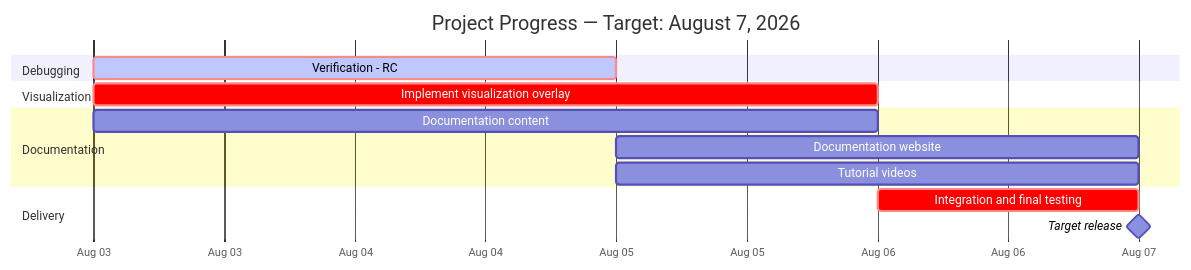
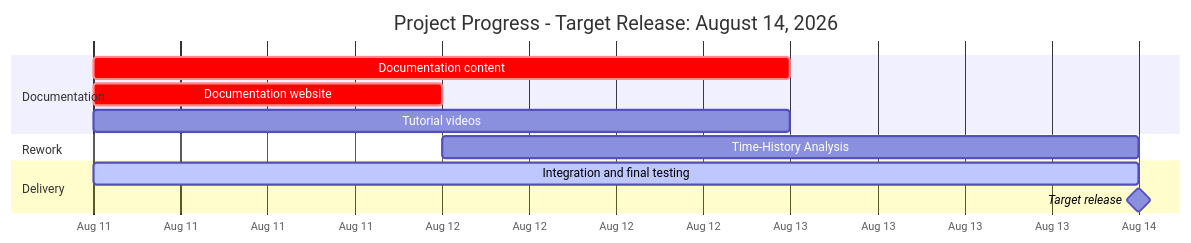
The diagram in docs/ansys_workflow/progress.md (bartutuncay/struceng-doc), drawn with Mermaid before and after one commit. The commit also changed other lines of this file and 20 other files, not shown here.

````diff
--- a/docs/ansys_workflow/progress.md
+++ b/docs/ansys_workflow/progress.md
@@ -3,21 +3,20 @@
 ```mermaid
 gantt
-    title Project Progress — Target: August 7, 2026
+    title Project Progress - Target Release: August 14, 2026
     dateFormat  YYYY-MM-DD
     axisFormat  %b %d
 
     section Debugging
-    Verification - RC                   :crit, active, 2026-08-03, 2d
-
-    section Visualization
-    Implement visualization overlay :crit, overlay, 2026-08-03, 3d
 
     section Documentation
-    Documentation content           :docs,   2026-08-03, 3d
-    Documentation website           :website, 2026-08-05, 2d
-    Tutorial videos                 :videos,  2026-08-05, 2d
+    Documentation content           :crit,docs,  2026-08-11, 2d
+    Documentation website           :crit,website, 2026-08-11, 1d
+    Tutorial videos                 :videos,  2026-08-11, 2d
 
+    section Rework
+    Time-History Analysis           :2026-08-12, 2d
+    
     section Delivery
-    Integration and final testing   :crit, testing, 2026-08-06, 1d
-    Target release                  :milestone, release, 2026-08-07, 0d
+    Integration and final testing   :active, testing, 2026-08-11, 3d
+    Target release                  :milestone, release, 2026-08-14, 0d
 ```
````
